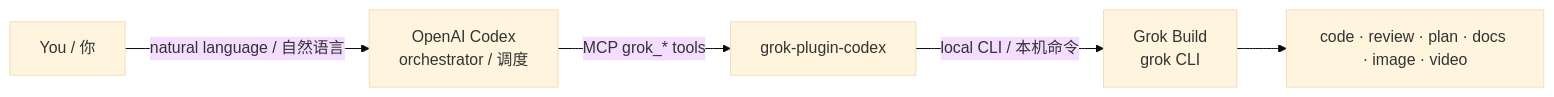
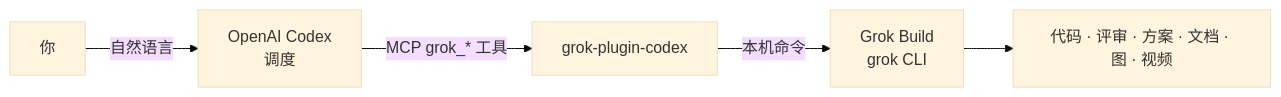
Before and after one commit to bigu1/grok-plugin-codex: the first of 3 diagrams in README.md, drawn with Mermaid (base theme). The commit also changed other lines of this file and 1 other file, not shown here.

````diff
--- a/README.md
+++ b/README.md
@@ -25,7 +22,7 @@
 ```mermaid
 flowchart LR
-  You["You / 你"] -->|"natural language / 自然语言"| Codex["OpenAI Codex<br/>orchestrator / 调度"]
-  Codex -->|"MCP grok_* tools"| Plugin["grok-plugin-codex"]
-  Plugin -->|"local CLI / 本机命令"| Grok["Grok Build<br/>grok CLI"]
-  Grok --> Out["code · review · plan · docs · image · video"]
+  You["你"] -->|"自然语言"| Codex["OpenAI Codex<br/>调度"]
+  Codex -->|"MCP grok_* 工具"| Plugin["grok-plugin-codex"]
+  Plugin -->|"本机命令"| Grok["Grok Build<br/>grok CLI"]
+  Grok --> Out["代码 · 评审 · 方案 · 文档 · 图 · 视频"]
 ```
````
